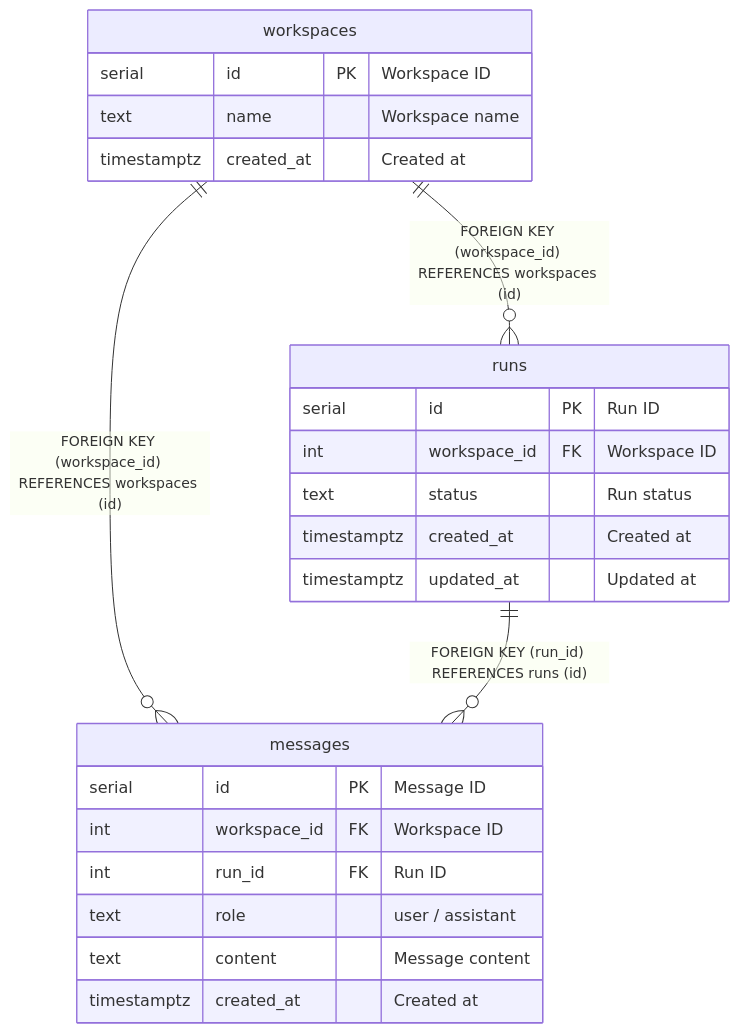
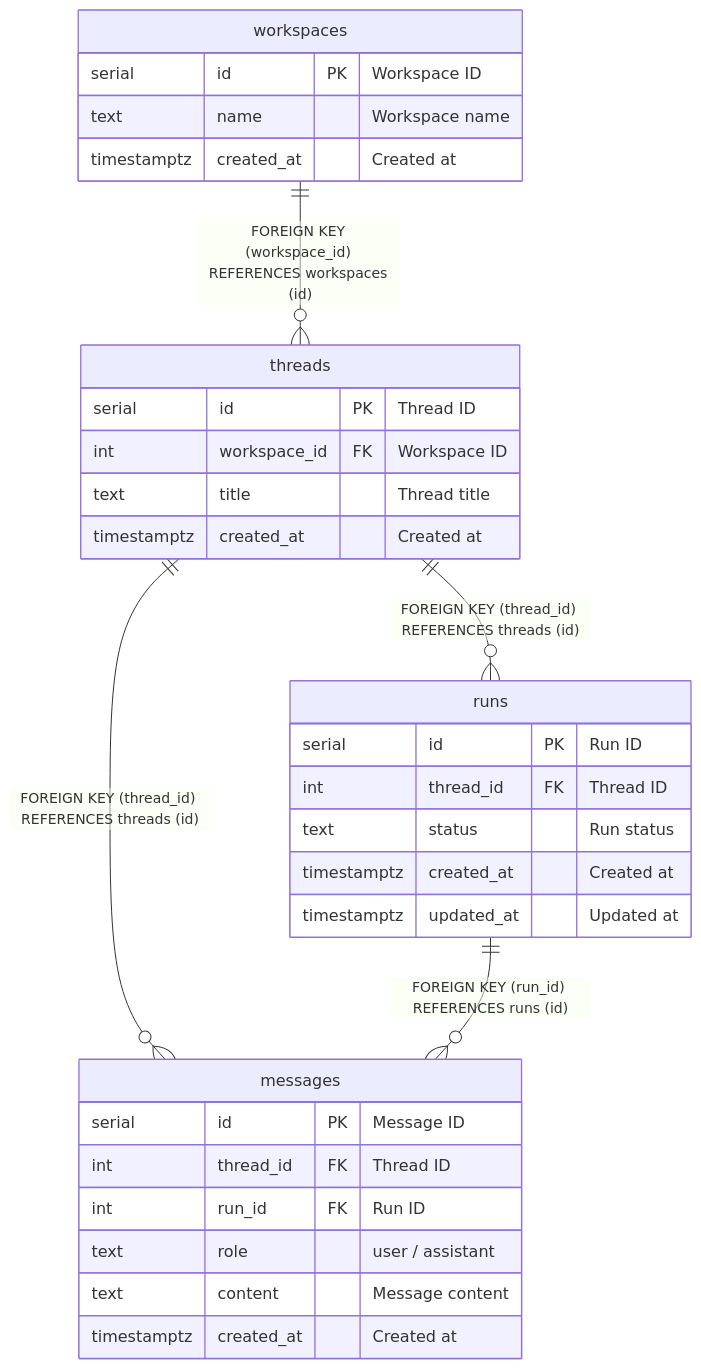
Before and after one commit to k-kanke/ai-workspace-platform: the diagram in docs/schema/README.md, drawn with Mermaid. The commit also changed other lines of this file and 5 other files, not shown here.

````diff
--- a/docs/schema/README.md
+++ b/docs/schema/README.md
@@ -17,28 +19,35 @@
 ```mermaid
 erDiagram
 
-"workspaces" ||--o{ "runs" : "FOREIGN KEY (workspace_id) REFERENCES workspaces (id)"
-"workspaces" ||--o{ "messages" : "FOREIGN KEY (workspace_id) REFERENCES workspaces (id)"
+"workspaces" ||--o{ "threads" : "FOREIGN KEY (workspace_id) REFERENCES workspaces (id)"
+"threads" ||--o{ "runs" : "FOREIGN KEY (thread_id) REFERENCES threads (id)"
+"threads" ||--o{ "messages" : "FOREIGN KEY (thread_id) REFERENCES threads (id)"
 "runs" ||--o{ "messages" : "FOREIGN KEY (run_id) REFERENCES runs (id)"
 
 "workspaces" {
   serial id PK "Workspace ID"
   text name "Workspace name"
   timestamptz created_at "Created at"
 }
+"threads" {
+  serial id PK "Thread ID"
+  int workspace_id FK "Workspace ID"
+  text title "Thread title"
+  timestamptz created_at "Created at"
+}
 "runs" {
   serial id PK "Run ID"
-  int workspace_id FK "Workspace ID"
+  int thread_id FK "Thread ID"
   text status "Run status"
   timestamptz created_at "Created at"
   timestamptz updated_at "Updated at"
 }
 "messages" {
   serial id PK "Message ID"
-  int workspace_id FK "Workspace ID"
+  int thread_id FK "Thread ID"
   int run_id FK "Run ID"
   text role "user / assistant"
   text content "Message content"
   timestamptz created_at "Created at"
 }
 ```
````
